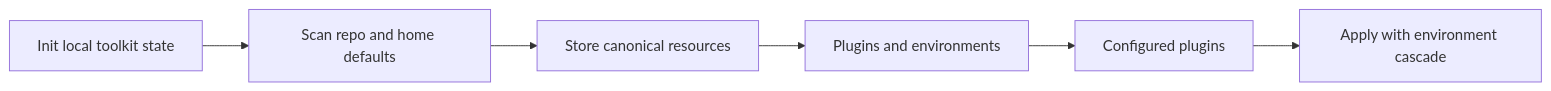
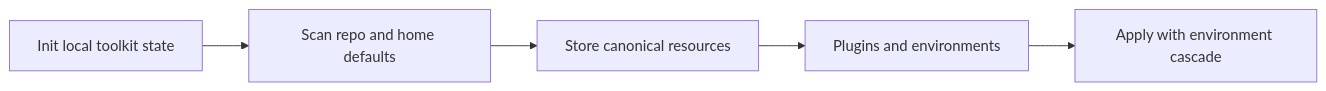
The third of 3 diagrams in docs/cli/concepts/overview.md (harnesstap/harnesstap), drawn with Mermaid before and after one commit. The commit also changed other lines of this file and 17 other files, not shown here.

````diff
--- a/docs/cli/concepts/overview.md
+++ b/docs/cli/concepts/overview.md
@@ -88,8 +86,7 @@
 ```mermaid
 flowchart LR
   A[Init local toolkit state] --> B[Scan repo and home defaults]
   B --> C[Store canonical resources]
   C --> D[Plugins and environments]
-  D --> E[Configured plugins]
-  E --> F[Apply with environment cascade]
+  D --> E[Apply with environment cascade]
 ```
````
